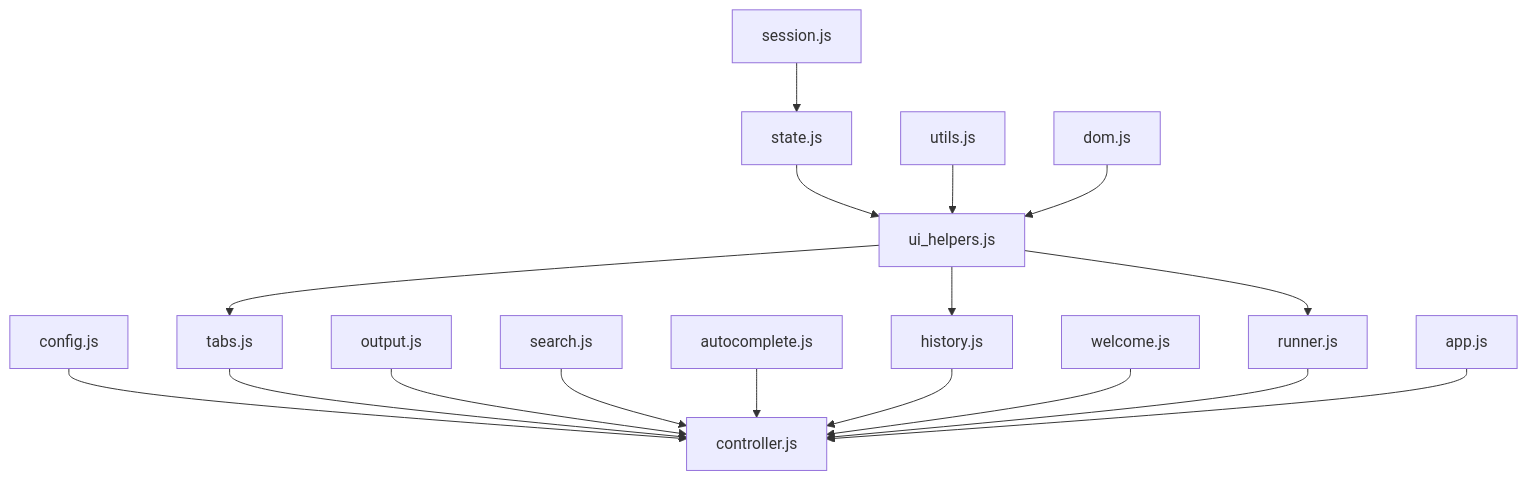
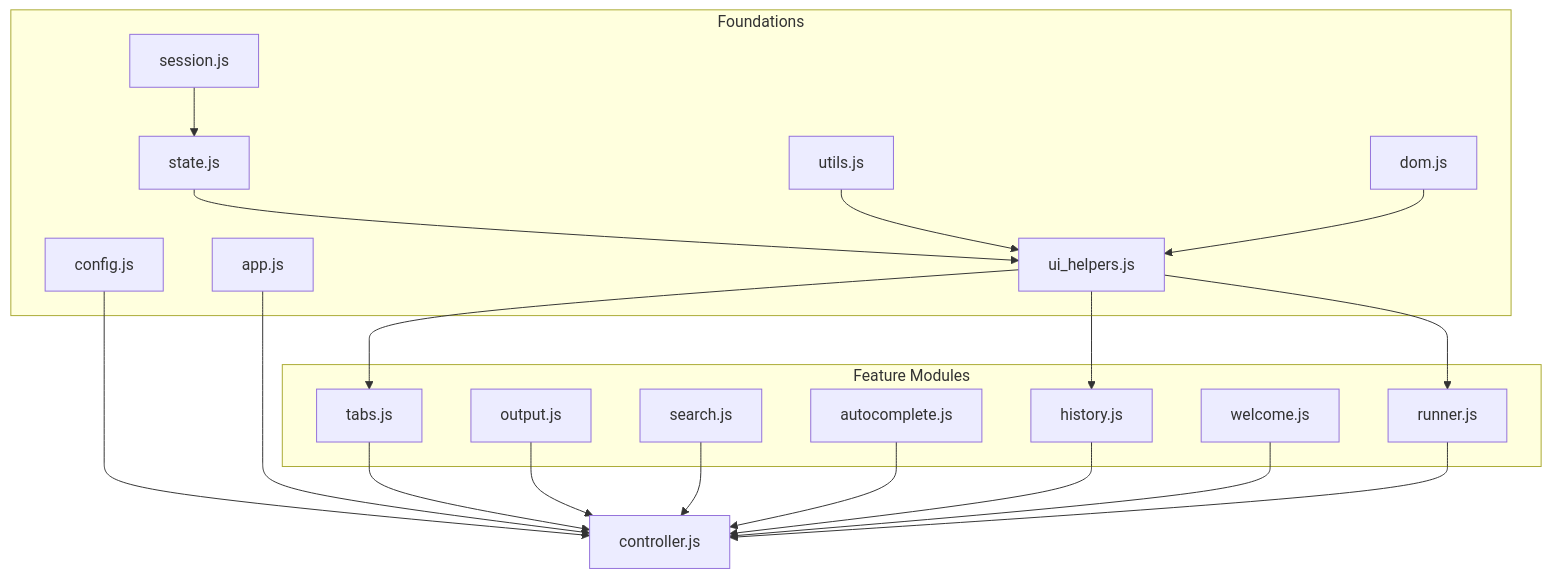
Before and after one commit to darklab-sh/darklab-shell: the fourth of 6 diagrams in ARCHITECTURE.md, drawn with Mermaid. The commit also changed other lines of this file and 17 other files, not shown here.

````diff
--- a/ARCHITECTURE.md
+++ b/ARCHITECTURE.md
@@ -147,35 +147,41 @@
 ```mermaid
 flowchart TD
-  Session["session.js"]
-  State["state.js"]
-  Utils["utils.js"]
-  Config["config.js"]
-  DOM["dom.js"]
-  UI["ui_helpers.js"]
-  Tabs["tabs.js"]
-  Output["output.js"]
-  Search["search.js"]
-  Auto["autocomplete.js"]
-  History["history.js"]
-  Welcome["welcome.js"]
-  Runner["runner.js"]
-  App["app.js"]
+  subgraph Foundations["Foundations"]
+    Session["session.js"]
+    State["state.js"]
+    Utils["utils.js"]
+    Config["config.js"]
+    DOM["dom.js"]
+    UI["ui_helpers.js"]
+    App["app.js"]
+  end
+
+  subgraph Features["Feature Modules"]
+    Tabs["tabs.js"]
+    Output["output.js"]
+    Search["search.js"]
+    Auto["autocomplete.js"]
+    History["history.js"]
+    Welcome["welcome.js"]
+    Runner["runner.js"]
+  end
+
   Controller["controller.js"]
 
   Session --> State
   State --> UI
   Utils --> UI
+  DOM --> UI
   Config --> Controller
-  DOM --> UI
+  App --> Controller
   UI --> Tabs
   UI --> History
   UI --> Runner
   Tabs --> Controller
   Output --> Controller
   Search --> Controller
   Auto --> Controller
   History --> Controller
   Welcome --> Controller
   Runner --> Controller
-  App --> Controller
 ```
````
